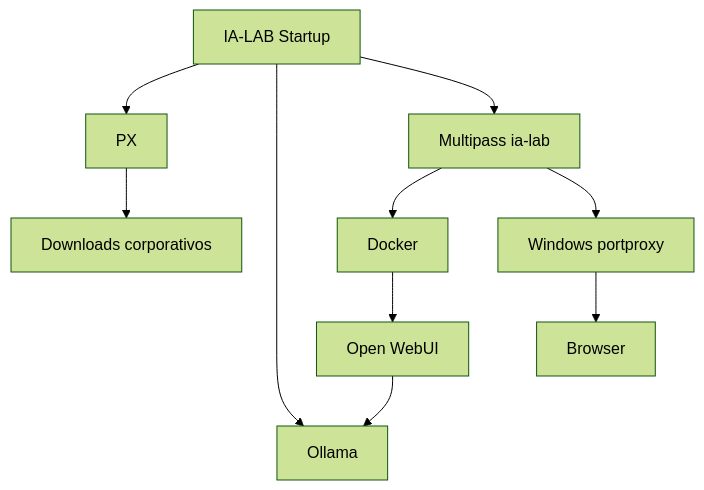
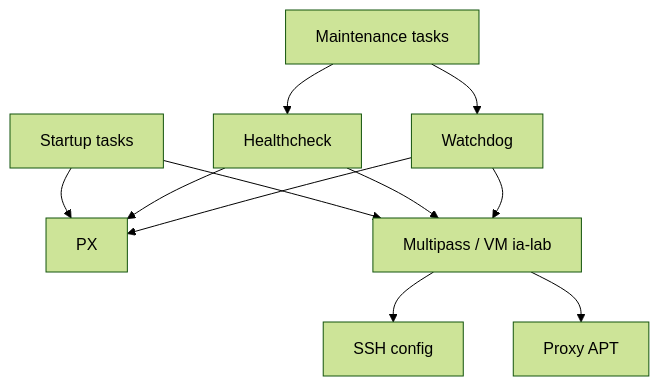
One commit to marcocanedo/ia_lab changed the diagram in docs/diagrams/dependencies.mmd. Above: the diagram before and after it, drawn with Mermaid (forest theme). The commit also changed 66 other files, not shown here.

```diff
--- a/docs/diagrams/dependencies.mmd
+++ b/docs/diagrams/dependencies.mmd
@@ -1,10 +1,11 @@
 flowchart TD
-    Startup[IA-LAB Startup] --> PX[PX]
-    Startup --> Ollama[Ollama]
-    Startup --> VM[Multipass ia-lab]
-    VM --> Docker[Docker]
-    Docker --> WebUI[Open WebUI]
-    WebUI --> Ollama
-    VM --> Portproxy[Windows portproxy]
-    Portproxy --> Browser[Browser]
-    PX --> Downloads[Downloads corporativos]
+    Startup[Startup tasks] --> PX[PX]
+    Startup --> VM[Multipass / VM ia-lab]
+    VM --> SSH[SSH config]
+    VM --> APT[Proxy APT]
+    Maintenance[Maintenance tasks] --> Health[Healthcheck]
+    Maintenance --> Watchdog[Watchdog]
+    Health --> PX
+    Health --> VM
+    Watchdog --> PX
+    Watchdog --> VM
```
